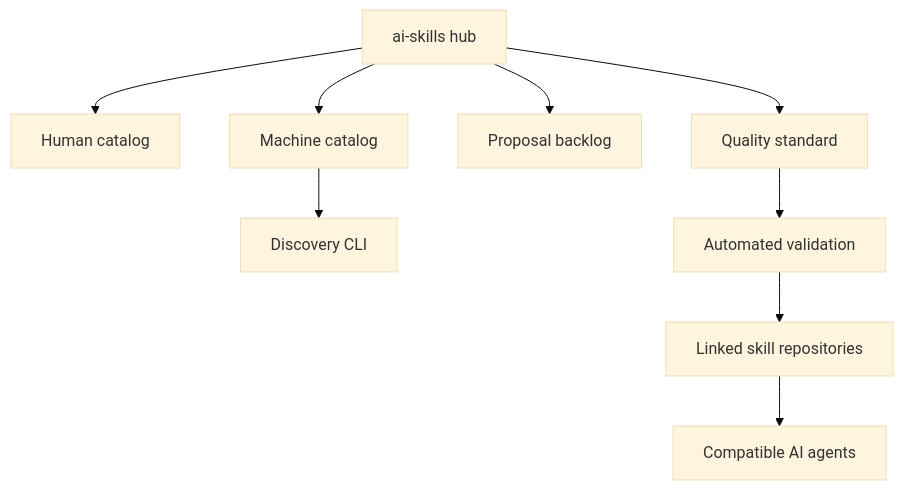
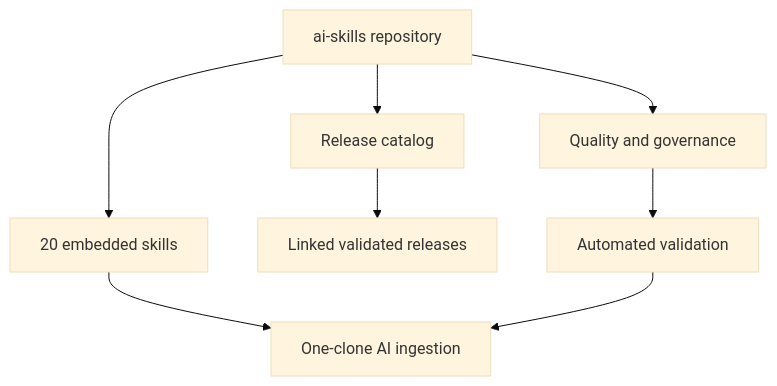
The second of 2 diagrams in README.md (swl126/ai-skills), drawn with Mermaid (base theme) before and after one commit. The commit also changed other lines of this file, not shown here.

Commit message:
Clarify embedded skill ingestion and repository architecture

````diff
--- a/README.md
+++ b/README.md
@@ -136,11 +162,10 @@
 ```mermaid
 flowchart TD
-    H["ai-skills hub"] --> HC["Human catalog"]
-    H --> MC["Machine catalog"]
-    H --> PB["Proposal backlog"]
-    H --> QS["Quality standard"]
-    MC --> D["Discovery CLI"]
-    QS --> CI["Automated validation"]
-    CI --> L["Linked skill repositories"]
-    L --> A["Compatible AI agents"]
+    H["ai-skills repository"] --> E["20 embedded skills"]
+    H --> C["Release catalog"]
+    H --> Q["Quality and governance"]
+    E --> A["One-clone AI ingestion"]
+    C --> L["Linked validated releases"]
+    Q --> CI["Automated validation"]
+    CI --> A
 ```
````
